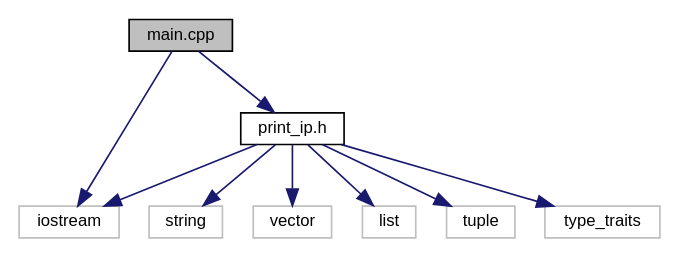
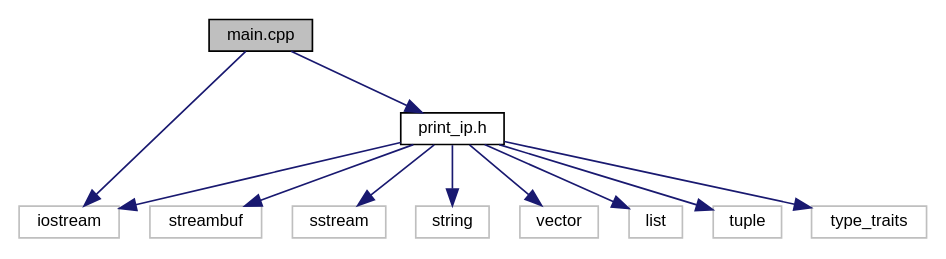
Before and after one commit to AndreyAndreevich/print_ip: the diagram in main_8cpp__incl.dot, drawn with Graphviz. The commit also changed 60 other files, not shown here.

```diff
--- a/main_8cpp__incl.dot
+++ b/main_8cpp__incl.dot
@@ -1,21 +1,25 @@
 digraph "main.cpp"
 {
   edge [fontname="Helvetica",fontsize="10",labelfontname="Helvetica",labelfontsize="10"];
   node [fontname="Helvetica",fontsize="10",shape=record];
   Node1 [label="main.cpp",height=0.2,width=0.4,color="black", fillcolor="grey75", style="filled" fontcolor="black"];
   Node1 -> Node2 [color="midnightblue",fontsize="10",style="solid",fontname="Helvetica"];
   Node2 [label="iostream",height=0.2,width=0.4,color="grey75", fillcolor="white", style="filled"];
   Node1 -> Node3 [color="midnightblue",fontsize="10",style="solid",fontname="Helvetica"];
   Node3 [label="print_ip.h",height=0.2,width=0.4,color="black", fillcolor="white", style="filled",URL="$print__ip_8h.html"];
   Node3 -> Node2 [color="midnightblue",fontsize="10",style="solid",fontname="Helvetica"];
   Node3 -> Node4 [color="midnightblue",fontsize="10",style="solid",fontname="Helvetica"];
-  Node4 [label="string",height=0.2,width=0.4,color="grey75", fillcolor="white", style="filled"];
+  Node4 [label="streambuf",height=0.2,width=0.4,color="grey75", fillcolor="white", style="filled"];
   Node3 -> Node5 [color="midnightblue",fontsize="10",style="solid",fontname="Helvetica"];
-  Node5 [label="vector",height=0.2,width=0.4,color="grey75", fillcolor="white", style="filled"];
+  Node5 [label="sstream",height=0.2,width=0.4,color="grey75", fillcolor="white", style="filled"];
   Node3 -> Node6 [color="midnightblue",fontsize="10",style="solid",fontname="Helvetica"];
-  Node6 [label="list",height=0.2,width=0.4,color="grey75", fillcolor="white", style="filled"];
+  Node6 [label="string",height=0.2,width=0.4,color="grey75", fillcolor="white", style="filled"];
   Node3 -> Node7 [color="midnightblue",fontsize="10",style="solid",fontname="Helvetica"];
-  Node7 [label="tuple",height=0.2,width=0.4,color="grey75", fillcolor="white", style="filled"];
+  Node7 [label="vector",height=0.2,width=0.4,color="grey75", fillcolor="white", style="filled"];
   Node3 -> Node8 [color="midnightblue",fontsize="10",style="solid",fontname="Helvetica"];
-  Node8 [label="type_traits",height=0.2,width=0.4,color="grey75", fillcolor="white", style="filled"];
+  Node8 [label="list",height=0.2,width=0.4,color="grey75", fillcolor="white", style="filled"];
+  Node3 -> Node9 [color="midnightblue",fontsize="10",style="solid",fontname="Helvetica"];
+  Node9 [label="tuple",height=0.2,width=0.4,color="grey75", fillcolor="white", style="filled"];
+  Node3 -> Node10 [color="midnightblue",fontsize="10",style="solid",fontname="Helvetica"];
+  Node10 [label="type_traits",height=0.2,width=0.4,color="grey75", fillcolor="white", style="filled"];
 }
```
